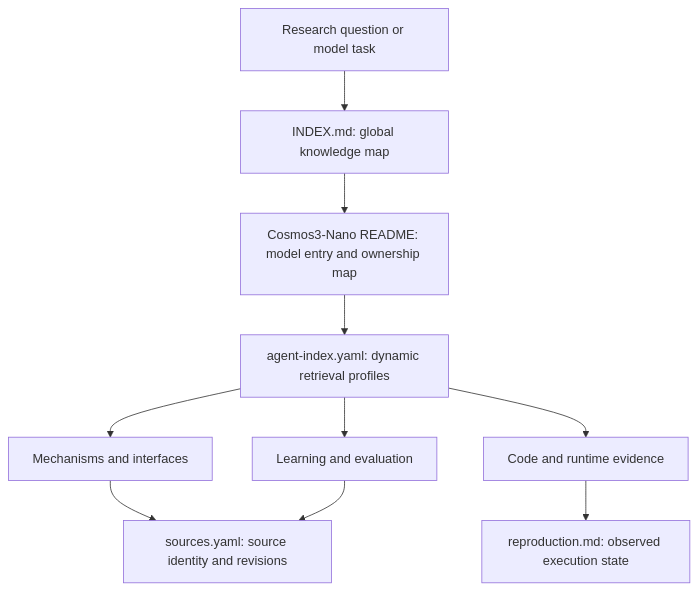
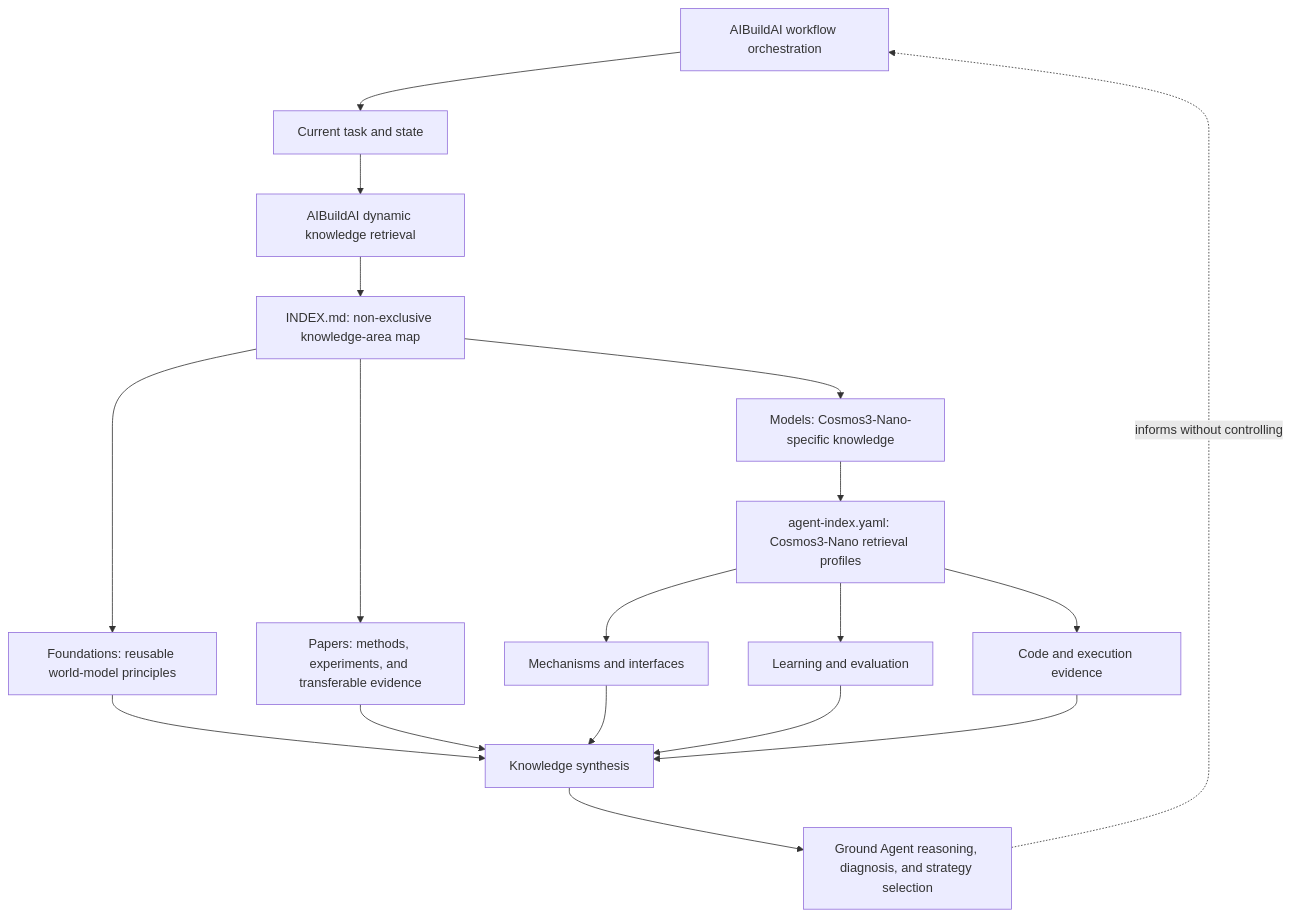
One commit to ABA-WM-Knowledge-Base/ABA-WM-Knowledge-Base changed the diagram in README.md. Above: the diagram before and after it, drawn with Mermaid. The commit also changed other lines of this file and 15 other files, not shown here.

Commit message:
Align KB architecture with peer knowledge partitions

````diff
--- a/README.md
+++ b/README.md
@@ -28,12 +28,24 @@
 ```mermaid
 flowchart TD
-    Q["Research question or model task"] --> G["INDEX.md: global knowledge map"]
-    G --> E["Cosmos3-Nano README: model entry and ownership map"]
-    E --> R["agent-index.yaml: dynamic retrieval profiles"]
-    R --> M["Mechanisms and interfaces"]
-    R --> L["Learning and evaluation"]
-    R --> X["Code and runtime evidence"]
-    M --> S["sources.yaml: source identity and revisions"]
-    L --> S
-    X --> P["reproduction.md: observed execution state"]
+    O["AIBuildAI workflow orchestration"] --> T["Current task and state"]
+    T --> R["AIBuildAI dynamic knowledge retrieval"]
+    R --> I["INDEX.md: non-exclusive knowledge-area map"]
+
+    I --> F["Foundations: reusable world-model principles"]
+    I --> P["Papers: methods, experiments, and transferable evidence"]
+    I --> M["Models: Cosmos3-Nano-specific knowledge"]
+
+    M --> C["agent-index.yaml: Cosmos3-Nano retrieval profiles"]
+    C --> MI["Mechanisms and interfaces"]
+    C --> LE["Learning and evaluation"]
+    C --> EX["Code and execution evidence"]
+
+    F --> S["Knowledge synthesis"]
+    P --> S
+    MI --> S
+    LE --> S
+    EX --> S
+
+    S --> D["Ground Agent reasoning, diagnosis, and strategy selection"]
+    D -.->|informs without controlling| O
 ```
````
